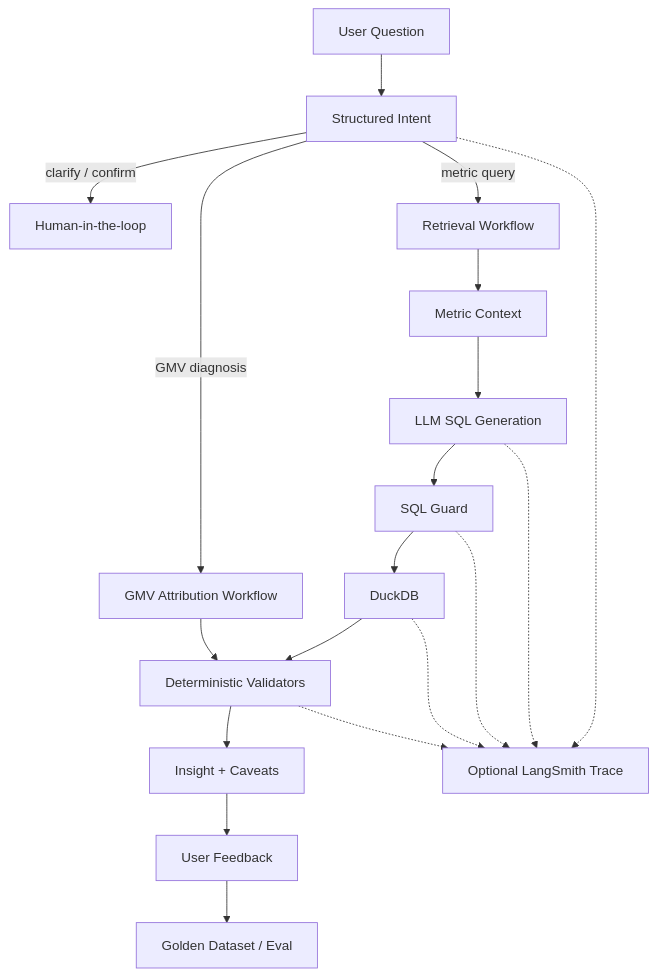
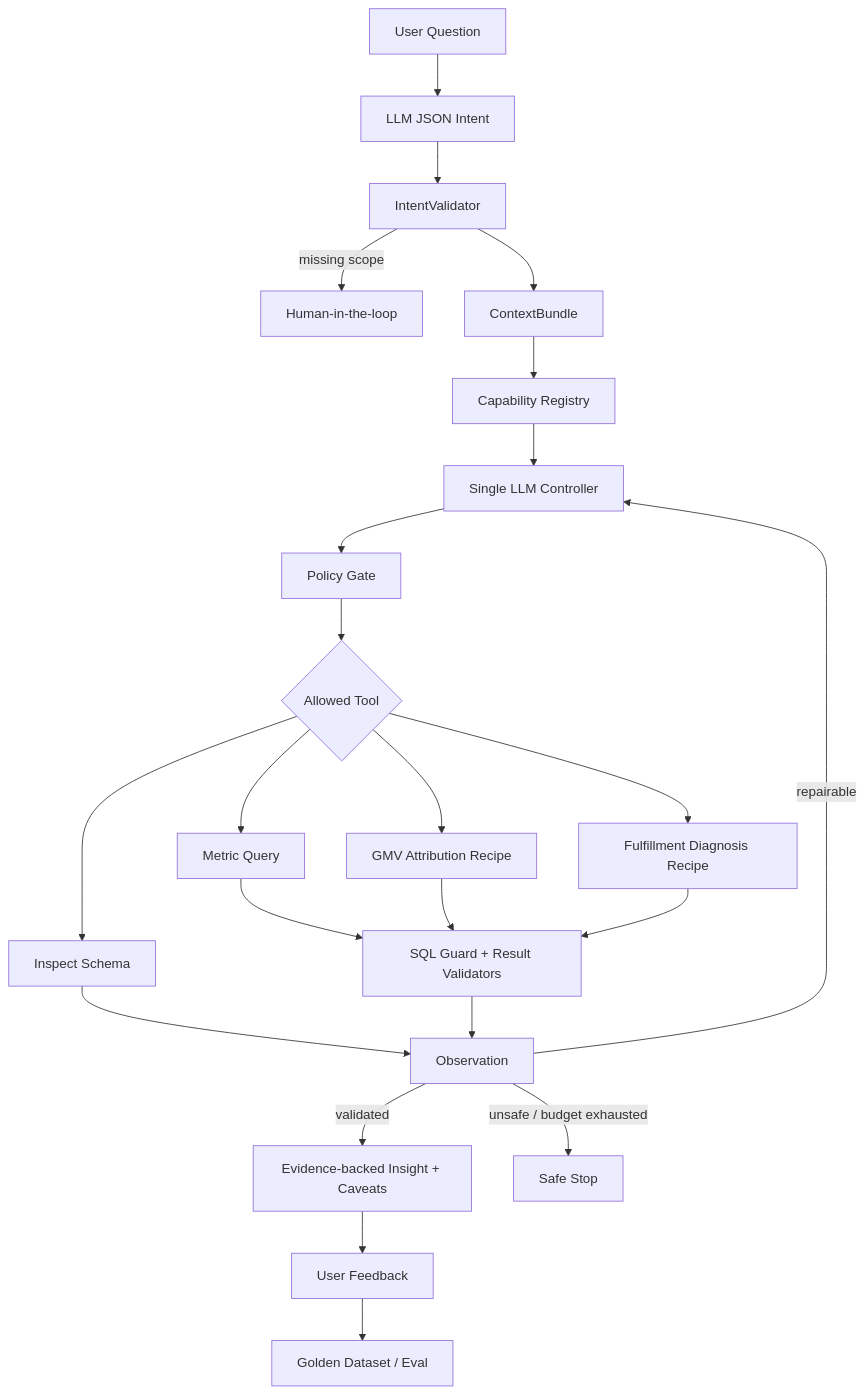
Before and after one commit to stdnthe/growth-data-agent: the diagram in README.md, drawn with Mermaid. The commit also changed other lines of this file and 45 other files, not shown here.

````diff
--- a/README.md
+++ b/README.md
@@ -81,21 +75,25 @@
 ```mermaid
 flowchart TD
-    U["User Question"] --> I["Structured Intent"]
-    I -->|clarify / confirm| H["Human-in-the-loop"]
-    I -->|metric query| R["Retrieval Workflow"]
-    I -->|GMV diagnosis| A["GMV Attribution Workflow"]
-    R --> C["Metric Context"]
-    C --> L["LLM SQL Generation"]
-    L --> G["SQL Guard"]
-    G --> D["DuckDB"]
-    D --> V["Deterministic Validators"]
-    A --> V
-    V --> S["Insight + Caveats"]
+    U["User Question"] --> P["LLM JSON Intent"]
+    P --> I["IntentValidator"]
+    I -->|missing scope| H["Human-in-the-loop"]
+    I --> C["ContextBundle"]
+    C --> K["Capability Registry"]
+    K --> A["Single LLM Controller"]
+    A --> G["Policy Gate"]
+    G --> T{"Allowed Tool"}
+    T --> Q["Metric Query"]
+    T --> R["Inspect Schema"]
+    T --> M["GMV Attribution Recipe"]
+    T --> D["Fulfillment Diagnosis Recipe"]
+    Q --> V["SQL Guard + Result Validators"]
+    R --> O["Observation"]
+    M --> V
+    D --> V
+    V --> O
+    O -->|repairable| A
+    O -->|validated| S["Evidence-backed Insight + Caveats"]
+    O -->|unsafe / budget exhausted| X["Safe Stop"]
     S --> F["User Feedback"]
     F --> E["Golden Dataset / Eval"]
-    I -.-> T["Optional LangSmith Trace"]
-    L -.-> T
-    G -.-> T
-    D -.-> T
-    V -.-> T
 ```
````
